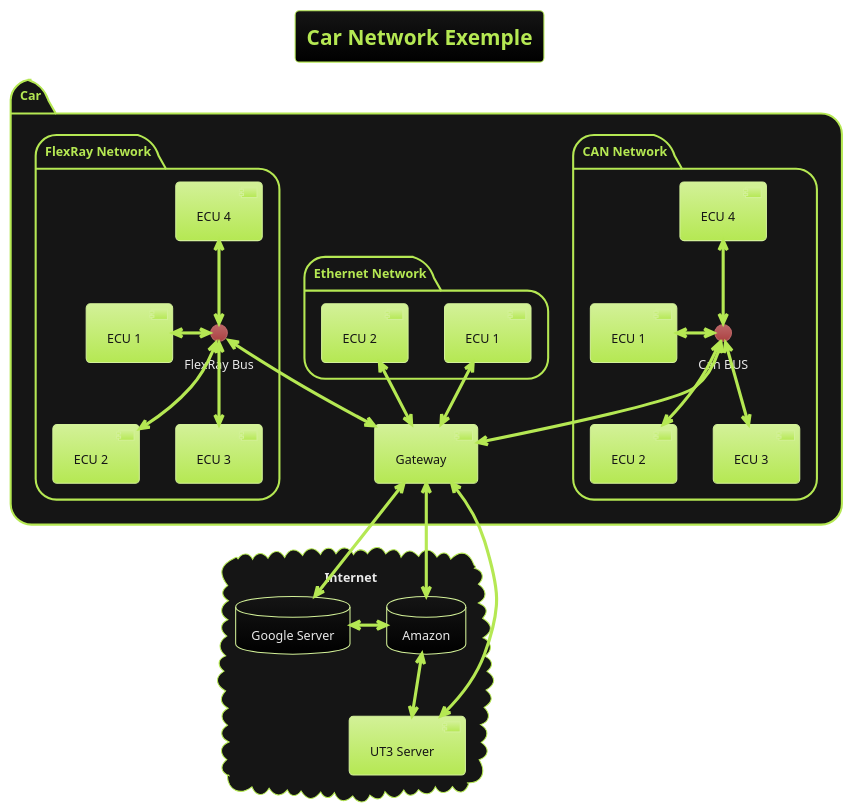
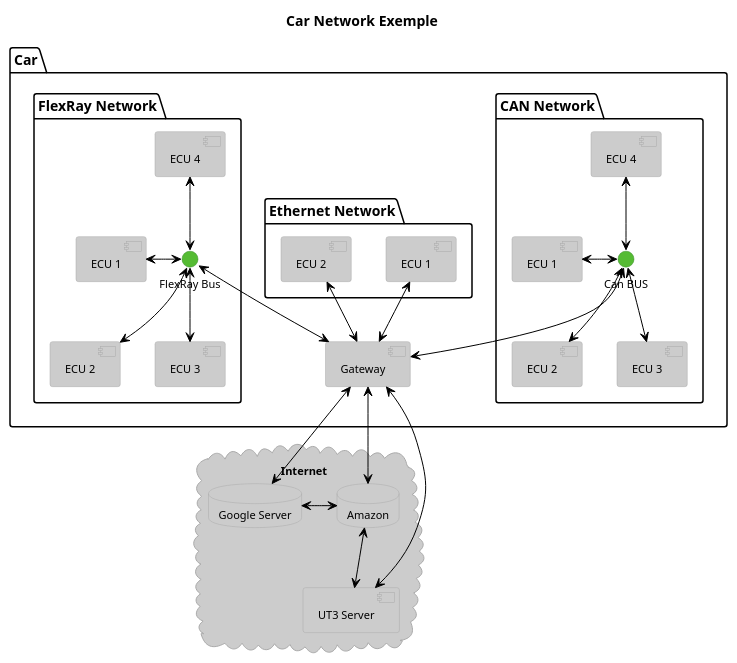
One commit to MeletChirino/Rapport-Stage-ASTC changed the diagram in uml_diagrams/gateway_car.iuml. Above: the diagram before and after it, drawn with PlantUML.

Commit message:
Update gateway car device diagram

```diff
--- a/uml_diagrams/gateway_car.iuml
+++ b/uml_diagrams/gateway_car.iuml
@@ -1,56 +1,56 @@
 @startuml
-!theme hacker
+!theme reddress-lightgreen
 title "Car Network Exemple"
 
 package "Car"{
     component "Gateway" as gate
 
     package "CAN Network"{
         component "ECU 1" as can1
         component "ECU 2" as can2
         component "ECU 3" as can3
         component "ECU 4" as can4
         interface "Can BUS" as can_bus
     }
     can1 <-right-> can_bus
     can2 <-up-> can_bus
     can3 <-up-> can_bus
     can4 <--> can_bus
 
     package "FlexRay Network"{
         component "ECU 1" as fr1
         component "ECU 2" as fr2
         component "ECU 3" as fr3
         component "ECU 4" as fr4
         interface "FlexRay Bus" as fr_bus
     }
 
     fr1 <-right-> fr_bus
     fr2 <-up-> fr_bus
     fr3 <-up-> fr_bus
     fr4 <--> fr_bus
 
     package "Ethernet Network"{
         component "ECU 1" as eth1
         component "ECU 2" as eth2
     }
 
     eth1 <--> gate
     eth2 <--> gate
     can_bus <--> gate
     fr_bus <--> gate
 }
 
 cloud "Internet" {
     database "Google Server" as google
     database "Amazon" as amazon
     component "UT3 Server" as ut3
 }
 
 gate <--> google
 gate <--> amazon
 gate <--> ut3
 google <-right-> amazon
 amazon <-->ut3
 
 @enduml
```
